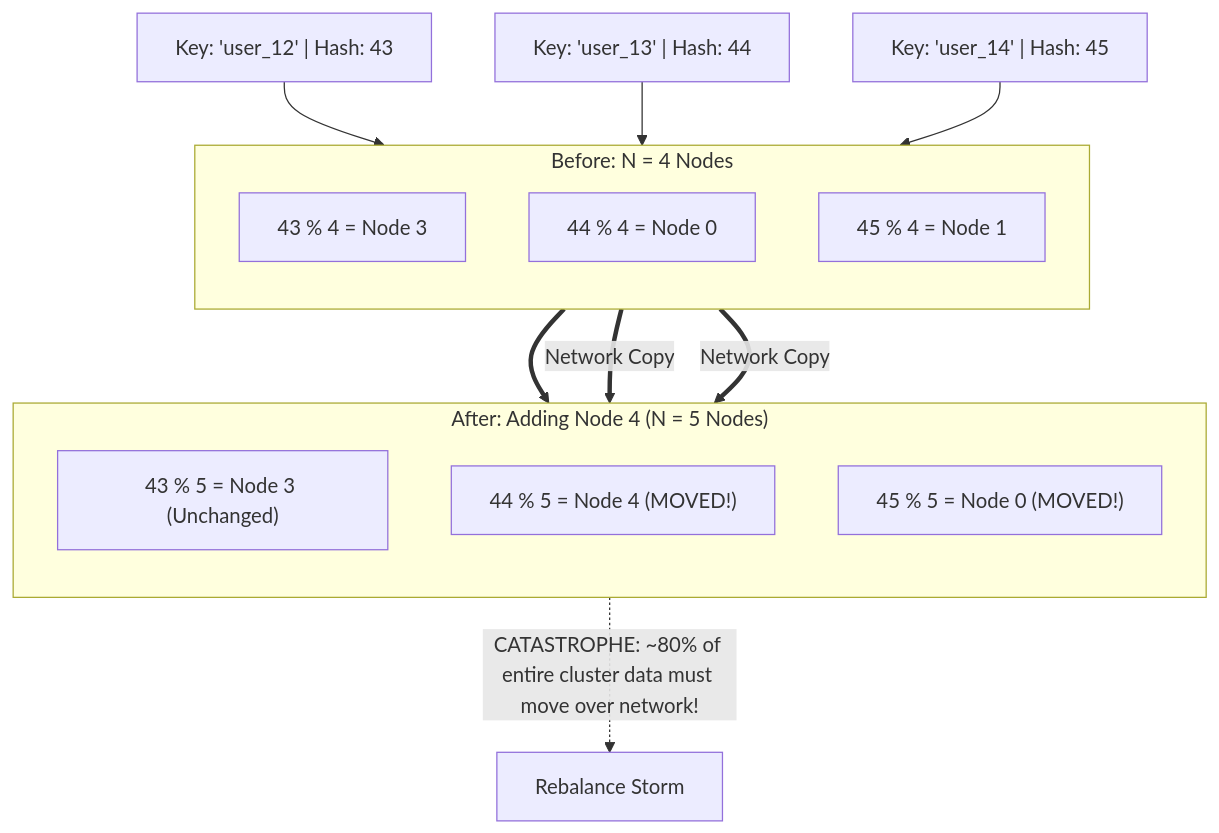
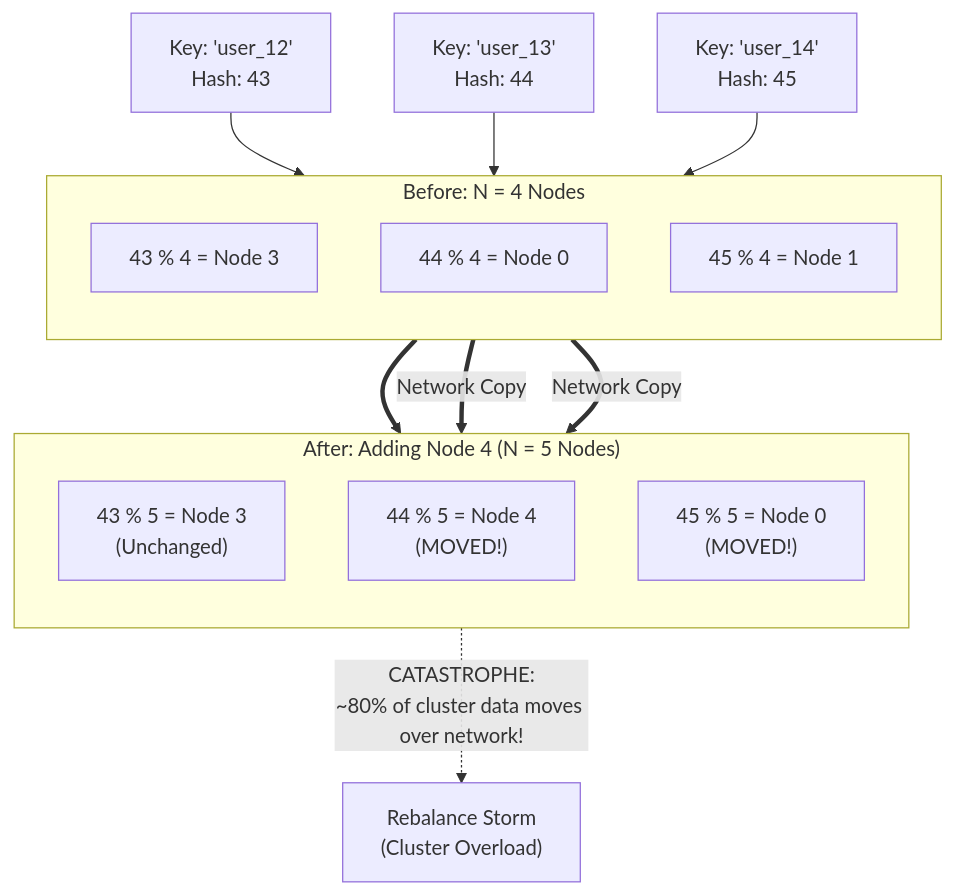
One commit to 1mimhe/books-summery changed the third of 10 diagrams in 01 Designing Data-Intensive Applications/chapter-07-sharding.md. Above: the diagram before and after it, drawn with Mermaid. The commit also changed other lines of this file and 1 other file, not shown here.

````diff
--- a/01 Designing Data-Intensive Applications/chapter-07-sharding.md
+++ b/01 Designing Data-Intensive Applications/chapter-07-sharding.md
@@ -272,30 +226,30 @@
 ```mermaid
 flowchart TD
-  KEY1["Key: 'user_12' | Hash: 43"]
-  KEY2["Key: 'user_13' | Hash: 44"]
-  KEY3["Key: 'user_14' | Hash: 45"]
+  KEY1["Key: 'user_12'<br/>Hash: 43"]
+  KEY2["Key: 'user_13'<br/>Hash: 44"]
+  KEY3["Key: 'user_14'<br/>Hash: 45"]
 
   subgraph N4["Before: N = 4 Nodes"]
     direction TB
     C1["43 % 4 = Node 3"]
     C2["44 % 4 = Node 0"]
     C3["45 % 4 = Node 1"]
   end
 
   subgraph N5["After: Adding Node 4 (N = 5 Nodes)"]
     direction TB
-    D1["43 % 5 = Node 3 (Unchanged)"]
-    D2["44 % 5 = Node 4 (MOVED!)"]
-    D3["45 % 5 = Node 0 (MOVED!)"]
+    D1["43 % 5 = Node 3<br/>(Unchanged)"]
+    D2["44 % 5 = Node 4<br/>(MOVED!)"]
+    D3["45 % 5 = Node 0<br/>(MOVED!)"]
   end
 
   KEY1 --> C1
   KEY2 --> C2
   KEY3 --> C3
 
   C1 ==> D1
   C2 ==>|"Network Copy"| D2
   C3 ==>|"Network Copy"| D3
 
-  D2 -.->|"CATASTROPHE: ~80% of entire cluster data must move over network!"| FAIL["Rebalance Storm"]
+  D2 -.->|"CATASTROPHE:<br/>~80% of cluster data moves over network!"| FAIL["Rebalance Storm<br/>(Cluster Overload)"]
 ```
````
